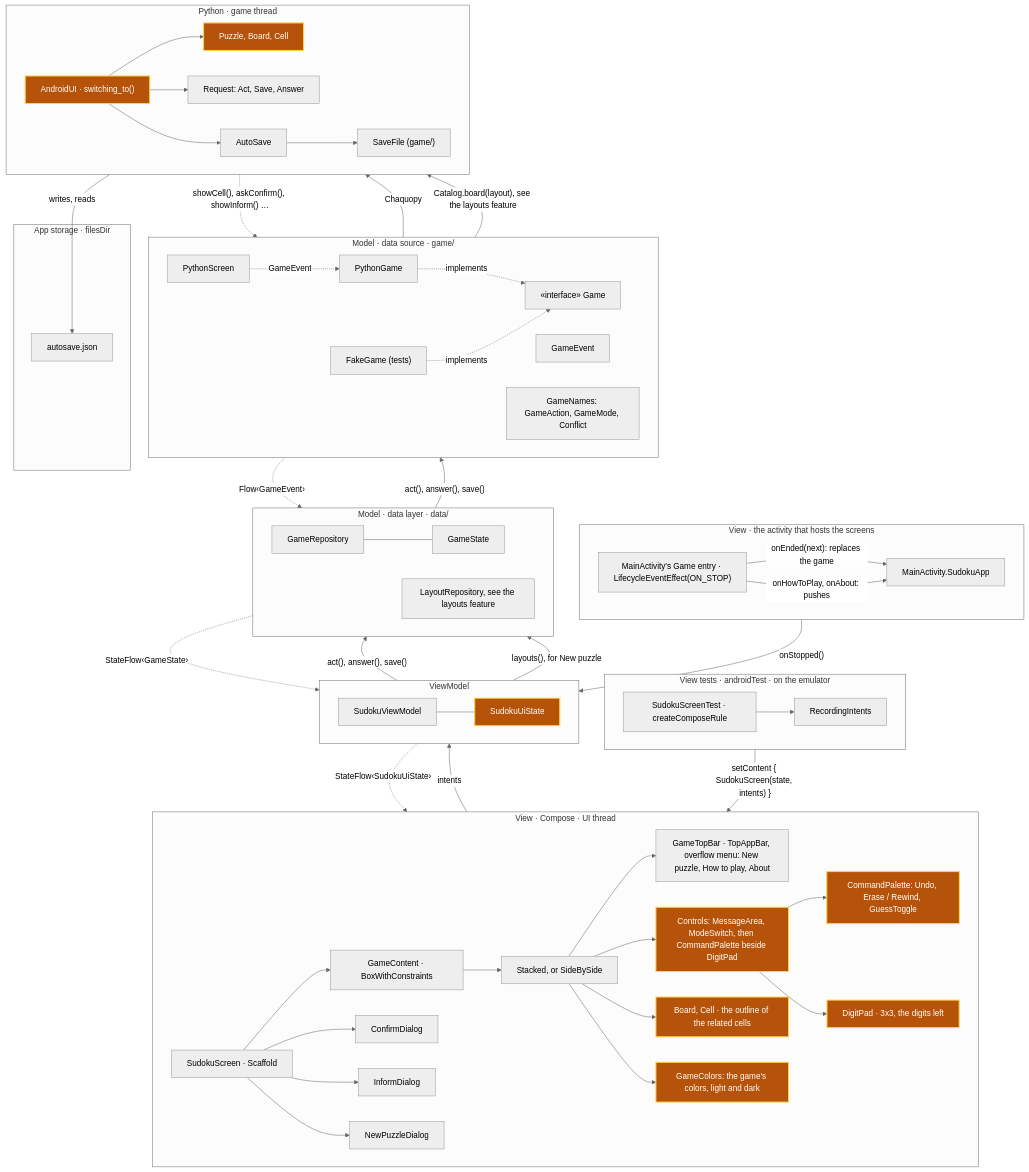
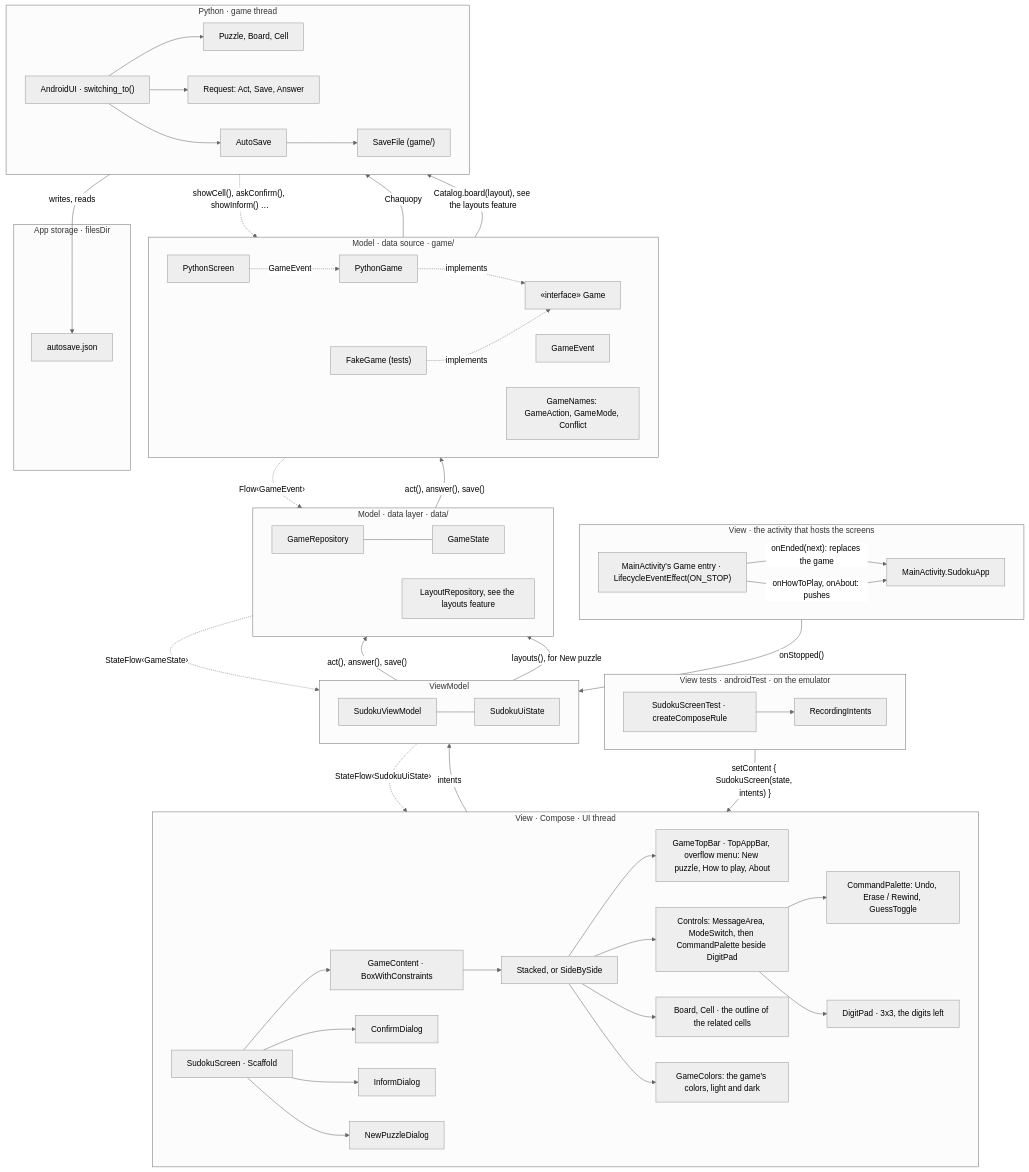
One commit to aivanov61/sudoku-solver changed the fifth of 19 diagrams in android/docs/architecture.md. Above: the diagram before and after it, drawn with Mermaid (neutral theme). The commit also changed other lines of this file and 4 other files, not shown here.

Commit message:
Add the Android app's README, with screenshots of a game in the light and dark themes, how to install it from a GitHub Release, how to build and test it, and where its code is, point the repository's README to it, and plan the GitHub Release in the architecture doc, as step 10e of MVP 1.

````diff
--- a/android/docs/architecture.md
+++ b/android/docs/architecture.md
@@ -255,80 +241,77 @@
 ```mermaid
 flowchart TB
     subgraph Host["View · the activity that hosts the screens"]
         direction LR
         SudokuApp["MainActivity.SudokuApp"]
         GameEntry["MainActivity's Game entry · LifecycleEventEffect(ON_STOP)"]
     end
 
     subgraph View["View · Compose · UI thread"]
         direction LR
         SudokuScreen["SudokuScreen · Scaffold"] --> GameContent["GameContent · BoxWithConstraints"]
         GameContent --> Board["Stacked, or SideBySide"]
         Board --> GameTopBar["GameTopBar · TopAppBar, overflow menu: New puzzle, How to play, About"]
         Board --> Controls["Controls: MessageArea, ModeSwitch, then CommandPalette beside DigitPad"]
         Controls --> CommandPalette["CommandPalette: Undo, Erase / Rewind, GuessToggle"]
         Controls --> DigitPad["DigitPad · 3x3, the digits left"]
         Board --> BoardCells["Board, Cell · the outline of the related cells"]
         Board --> GameColors["GameColors: the game's colors, light and dark"]
         SudokuScreen --> ConfirmDialog["ConfirmDialog"]
         SudokuScreen --> InformDialog["InformDialog"]
         SudokuScreen --> NewPuzzleDialog
     end
 
     subgraph ViewTests["View tests · androidTest · on the emulator"]
         direction LR
         SudokuScreenTest["SudokuScreenTest · createComposeRule"] --> RecordingIntents["RecordingIntents"]
     end
 
     subgraph VM["ViewModel"]
         direction LR
         SudokuViewModel --- SudokuUiState
     end
 
     subgraph DataLayer["Model · data layer · data/"]
         direction LR
         GameRepository["GameRepository"] --- GameState
         LayoutRepository["LayoutRepository, see the layouts feature"]
     end
 
     subgraph DataSource["Model · data source · game/"]
         direction LR
         PythonGame["PythonGame"] -. implements .-> Game["«interface» Game"]
         GameEvent
         FakeGame["FakeGame (tests)"] -. implements .-> Game
         PythonScreen
         GameNames["GameNames: GameAction, GameMode, Conflict"]
     end
 
     subgraph Python["Python · game thread"]
         direction LR
         AndroidUI["AndroidUI · switching_to()"] --> Puzzle["Puzzle, Board, Cell"]
         AndroidUI --> Requests["Request: Act, Save, Answer"]
         AndroidUI --> AutoSave["AutoSave"]
         AutoSave --> SaveFile["SaveFile (game/)"]
     end
 
     subgraph Storage["App storage · filesDir"]
         AutoSaveFile["autosave.json"]
     end
 
     GameEntry -- "onStopped()" --> SudokuViewModel
     GameEntry -- "onEnded(next): replaces the game" --> SudokuApp
     GameEntry -- "onHowToPlay, onAbout: pushes" --> SudokuApp
     SudokuScreenTest -- "setContent { SudokuScreen(state, intents) }" --> SudokuScreen
     SudokuScreen -- "intents" --> SudokuViewModel
     SudokuViewModel -. "StateFlow‹SudokuUiState›" .-> SudokuScreen
     SudokuViewModel -- "act(), answer(), save()" --> GameRepository
     SudokuViewModel -- "layouts(), for New puzzle" --> LayoutRepository
     GameRepository -. "StateFlow‹GameState›" .-> SudokuViewModel
     GameRepository -- "act(), answer(), save()" --> Game
     Game -. "Flow‹GameEvent›" .-> GameRepository
     PythonGame -- "Chaquopy" --> AndroidUI
     AndroidUI -. "showCell(), askConfirm(), showInform() …" .-> PythonScreen
     PythonScreen -. "GameEvent" .-> PythonGame
     PythonGame -- "Catalog.board(layout), see the layouts feature" --> AndroidUI
     SaveFile -- "writes, reads" --> AutoSaveFile
-
-    classDef changed fill:#b45309,stroke:#fcd34d,stroke-width:2px,color:#ffffff
-    class Controls,CommandPalette,DigitPad,BoardCells,GameColors,SudokuUiState,AndroidUI,Puzzle changed
 ```
````
